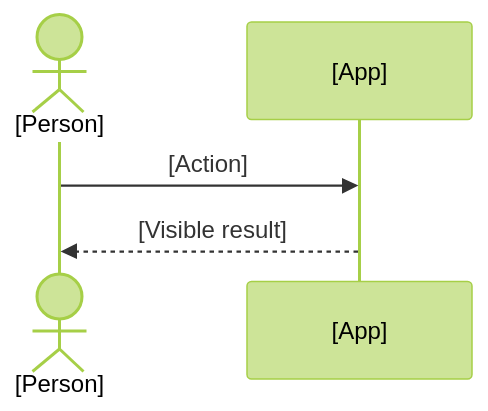
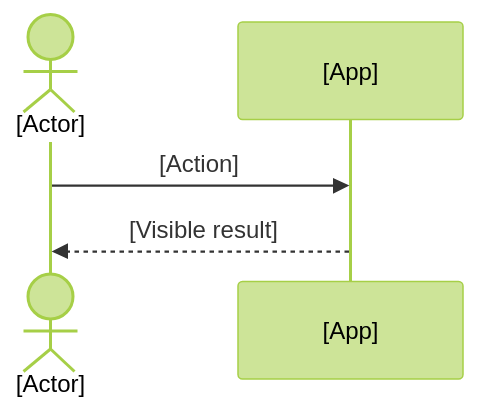
The diagram in skills/building-walkthroughs/assets/walkthrough.md (cedmandocdoc/awesome-skills), drawn with Mermaid (forest theme) before and after one commit. The commit also changed other lines of this file and 20 other files, not shown here.

````diff
--- a/skills/building-walkthroughs/assets/walkthrough.md
+++ b/skills/building-walkthroughs/assets/walkthrough.md
@@ -31,7 +31,7 @@
 ```mermaid
 sequenceDiagram
-  actor P as [Person]
+  actor P as [Actor]
   participant A as [App]
   P->>A: [Action]
   A-->>P: [Visible result]
 ```
````
